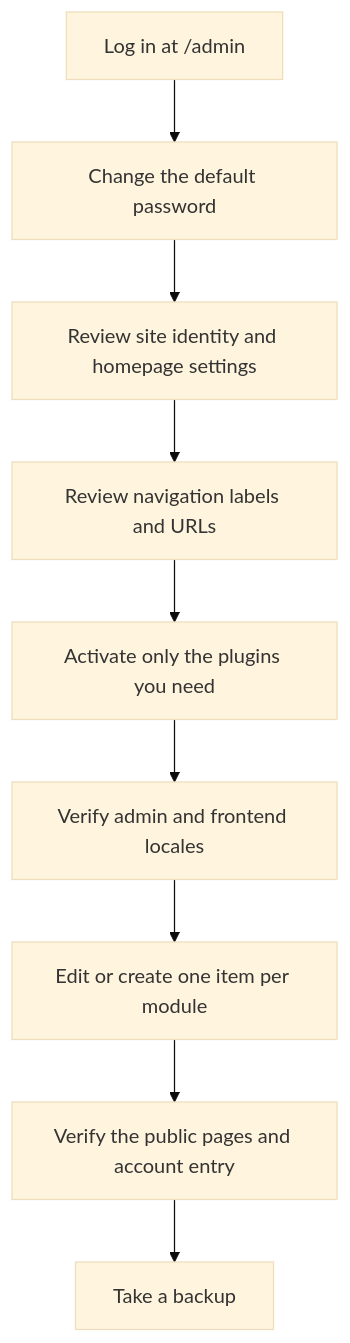
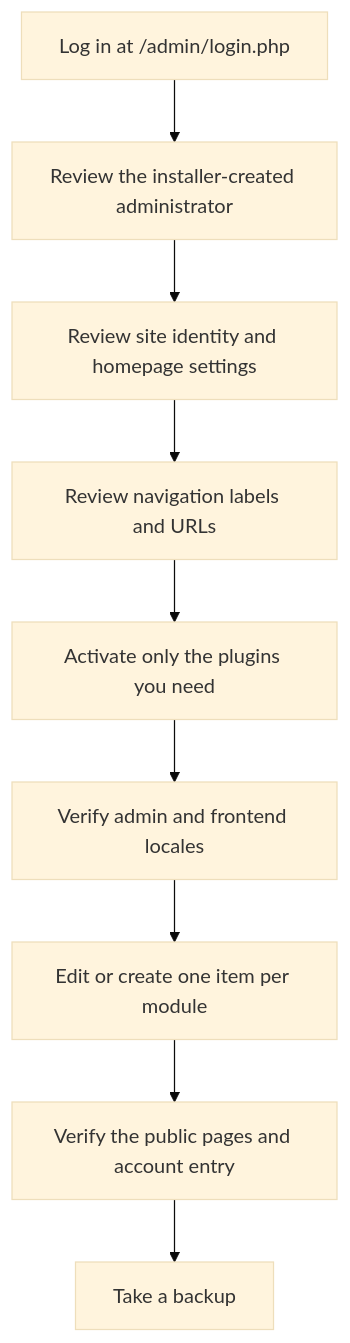
The diagram in docs/getting-started/quick-start.md (GuiHui-huimy/LabPress), drawn with Mermaid (base theme) before and after one commit. The commit also changed other lines of this file and 37 other files, not shown here.

Commit message:
feat: add browser installer and dashboard charts for v1.2.0

````diff
--- a/docs/getting-started/quick-start.md
+++ b/docs/getting-started/quick-start.md
@@ -7,11 +7,11 @@
 ```mermaid
 flowchart TD
-    A[Log in at /admin] --> B[Change the default password]
+    A[Log in at /admin/login.php] --> B[Review the installer-created administrator]
     B --> C[Review site identity and homepage settings]
     C --> D[Review navigation labels and URLs]
     D --> E[Activate only the plugins you need]
     E --> F[Verify admin and frontend locales]
     F --> G[Edit or create one item per module]
     G --> H[Verify the public pages and account entry]
     H --> I[Take a backup]
 ```
````
